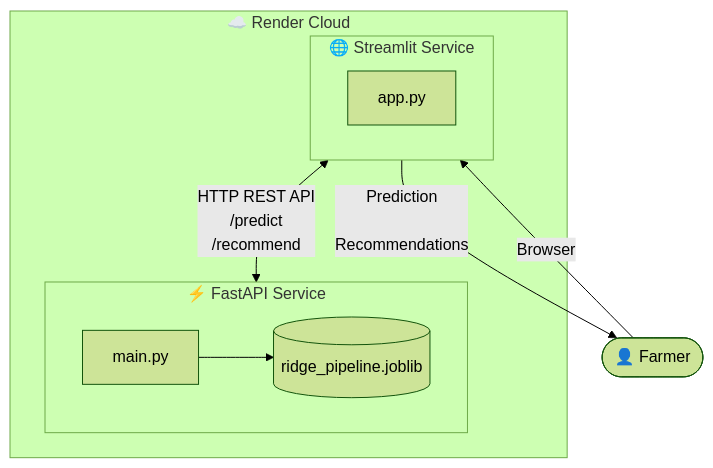
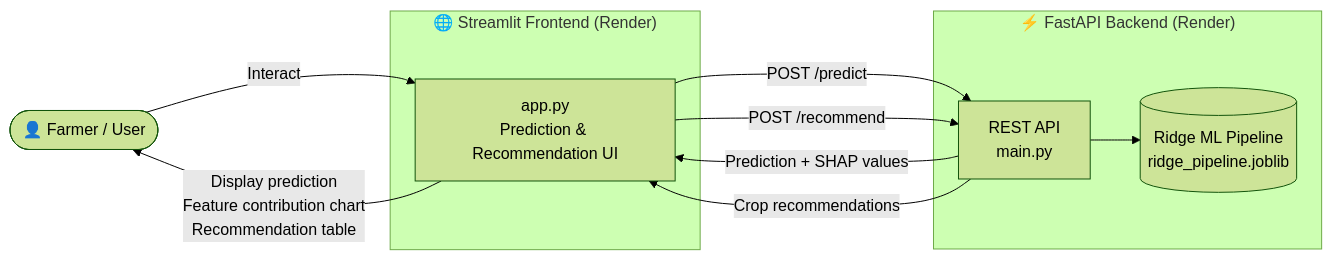
One commit to reemHasan/Agritech_Answers changed the diagram in README.md. Above: the diagram before and after it, drawn with Mermaid (forest theme).

Commit message:
modify readme mermaid diagram

````diff
--- a/README.md
+++ b/README.md
@@ -36,23 +36,28 @@
 ```mermaid
-flowchart TB
+flowchart LR
 
-    User([👤 Farmer])
+    %% User
+    U([👤 Farmer / User])
 
-    subgraph Render["☁️ Render Cloud"]
-
-        subgraph Frontend["🌐 Streamlit Service"]
-            UI["app.py"]
-        end
-
-        subgraph Backend["⚡ FastAPI Service"]
-            API["main.py"]
-            MODEL[("ridge_pipeline.joblib")]
-            API --> MODEL
-        end
-
-        Frontend <-->|HTTP REST API<br/>/predict<br/>/recommend| Backend
+    %% Frontend
+    subgraph FE["🌐 Streamlit Frontend (Render)"]
+        APP["app.py<br/>Prediction & Recommendation UI"]
     end
 
-    User -->|Browser| Frontend
-    Frontend -->|Prediction<br/><br/>Recommendations| User
+    %% Backend
+    subgraph BE["⚡ FastAPI Backend (Render)"]
+        API["REST API<br/>main.py"]
+        MODEL[("Ridge ML Pipeline<br/>ridge_pipeline.joblib")]
+        API --> MODEL
+    end
+
+    %% Flow
+    U -->|Interact| APP
+    APP -->|POST /predict| API
+    APP -->|POST /recommend| API
+
+    API -->|Prediction + SHAP values| APP
+    API -->|Crop recommendations| APP
+
+    APP -->|Display prediction<br/>Feature contribution chart<br/>Recommendation table| U
 ```
````
